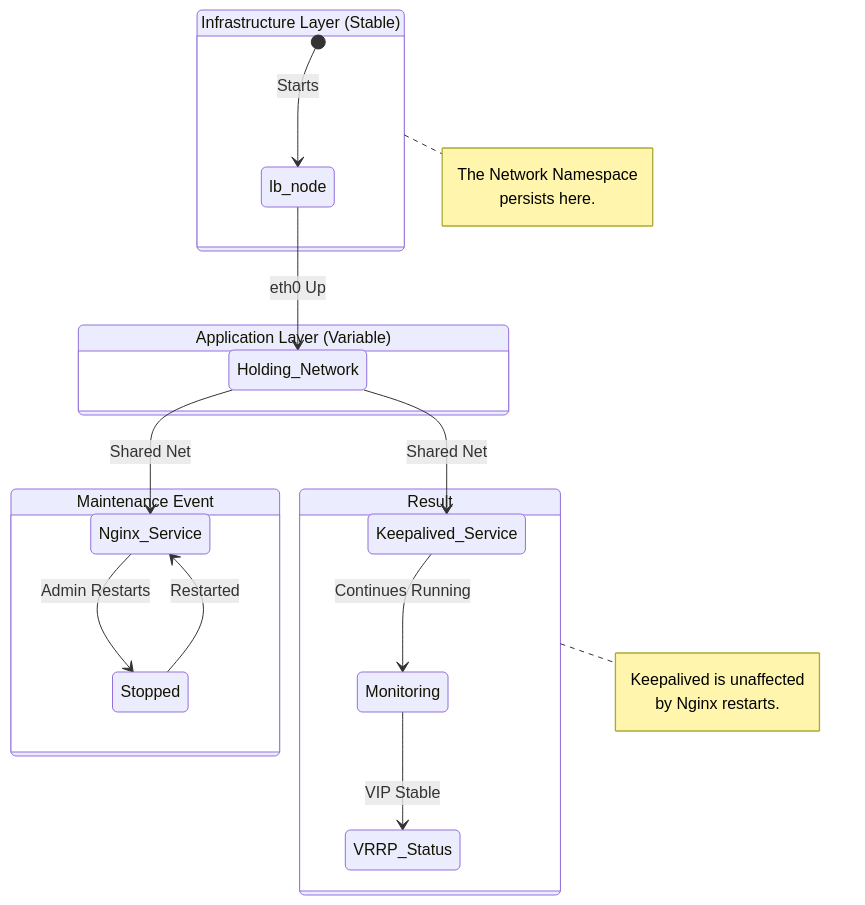
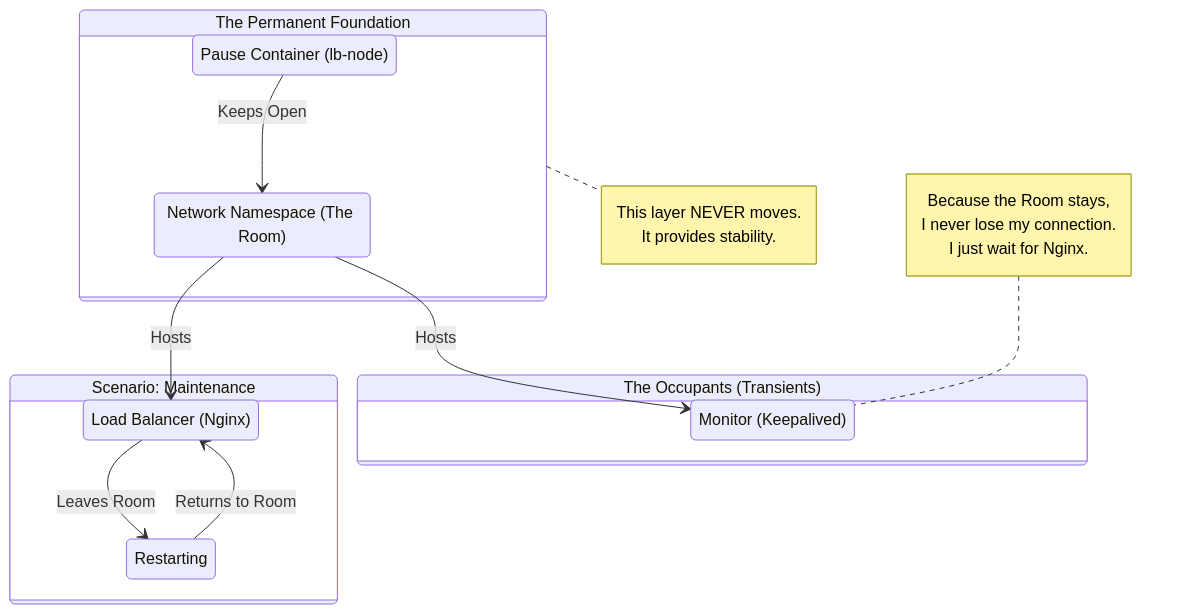
The diagram in multi-node/HA_ARCHITECTURE_RESILIENCE_REPORT.md (SaeidSec/Secret-Project), drawn with Mermaid before and after one commit. The commit also changed other lines of this file and 1 other file, not shown here.

````diff
--- a/multi-node/HA_ARCHITECTURE_RESILIENCE_REPORT.md
+++ b/multi-node/HA_ARCHITECTURE_RESILIENCE_REPORT.md
@@ -78,32 +50,33 @@
 ```mermaid
 stateDiagram-v2
-    state "Infrastructure Layer (Stable)" as Infra {
-        [*] --> lb_node : Starts
-        lb_node --> Holding_Network : eth0 Up
+    state "The Permanent Foundation" as Foundation {
+        state "Pause Container (lb-node)" as Pause
+        state "Network Namespace (The Room)" as Room
+        
+        Pause --> Room : Keeps Open
     }
 
-    state "Application Layer (Variable)" as App {
-        Holding_Network --> Nginx_Service : Shared Net
-        Holding_Network --> Keepalived_Service : Shared Net
+    state "The Occupants (Transients)" as Guests {
+        state "Load Balancer (Nginx)" as Nginx
+        state "Monitor (Keepalived)" as Monitor
     }
 
-    state "Maintenance Event" as Event {
-        Nginx_Service --> Stopped : Admin Restarts
-        Stopped --> Nginx_Service : Restarted
+    Room --> Nginx : Hosts
+    Room --> Monitor : Hosts
+
+    state "Scenario: Maintenance" as Event {
+        Nginx --> Restarting : Leaves Room
+        Restarting --> Nginx : Returns to Room
     }
 
-    state "Result" as Result {
-        Keepalived_Service --> Monitoring : Continues Running
-        Monitoring --> VRRP_Status : VIP Stable
-    }
-    
-    note right of Infra
-        The Network Namespace
-        persists here.
+    note right of Foundation
+        This layer NEVER moves.
+        It provides stability.
     end note
 
-    note right of Result
-        Keepalived is unaffected
-        by Nginx restarts.
+    note left of Monitor
+        Because the Room stays,
+        I never lose my connection.
+        I just wait for Nginx.
     end note
 ```
````
